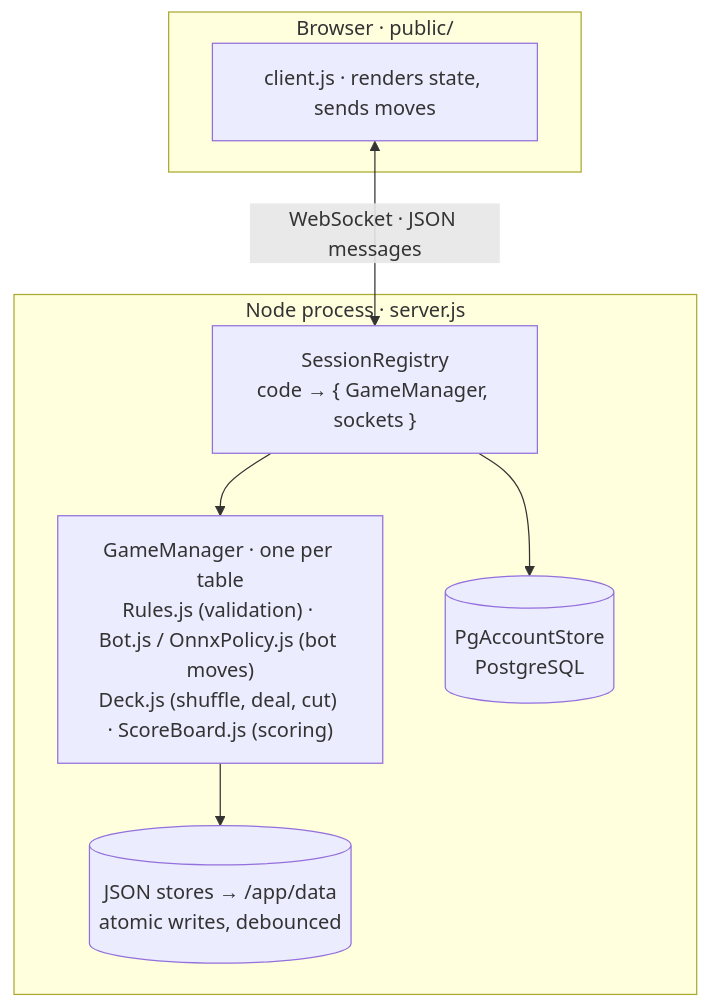
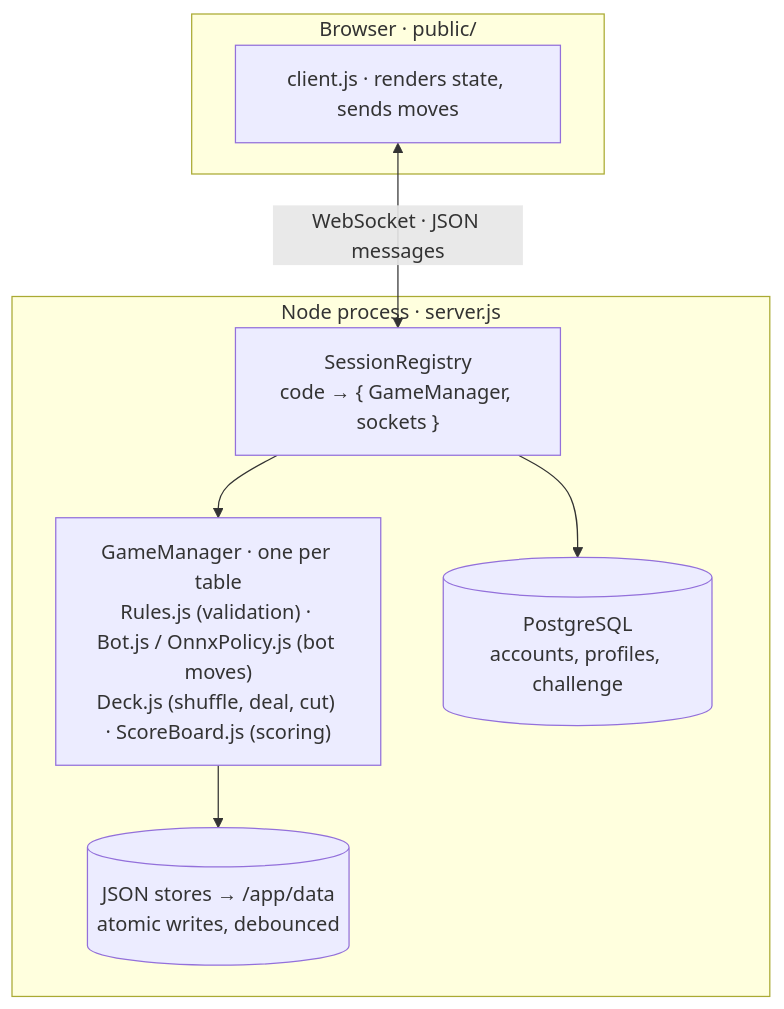
The first of 3 diagrams in docs/developer/architecture.md (floriandeutsch89/pikdame-local), drawn with Mermaid before and after one commit. The commit also changed other lines of this file and 33 other files, not shown here.

````diff
--- a/docs/developer/architecture.md
+++ b/docs/developer/architecture.md
@@ -5,16 +5,16 @@
 ```mermaid
 flowchart TB
   subgraph browser["Browser · public/"]
     CJ["client.js · renders state, sends moves"]
   end
   subgraph node["Node process · server.js"]
     REG["SessionRegistry<br/>code → { GameManager, sockets }"]
     GM["GameManager · one per table<br/>Rules.js (validation) · Bot.js / OnnxPolicy.js (bot moves)<br/>Deck.js (shuffle, deal, cut) · ScoreBoard.js (scoring)"]
     STORES[("JSON stores → /app/data<br/>atomic writes, debounced")]
-    ACC[("PgAccountStore<br/>PostgreSQL")]
+    ACC[("PostgreSQL<br/>accounts, profiles, challenge")]
     REG --> GM
     GM --> STORES
     REG --> ACC
   end
   CJ <-- "WebSocket · JSON messages" --> REG
 ```
````
